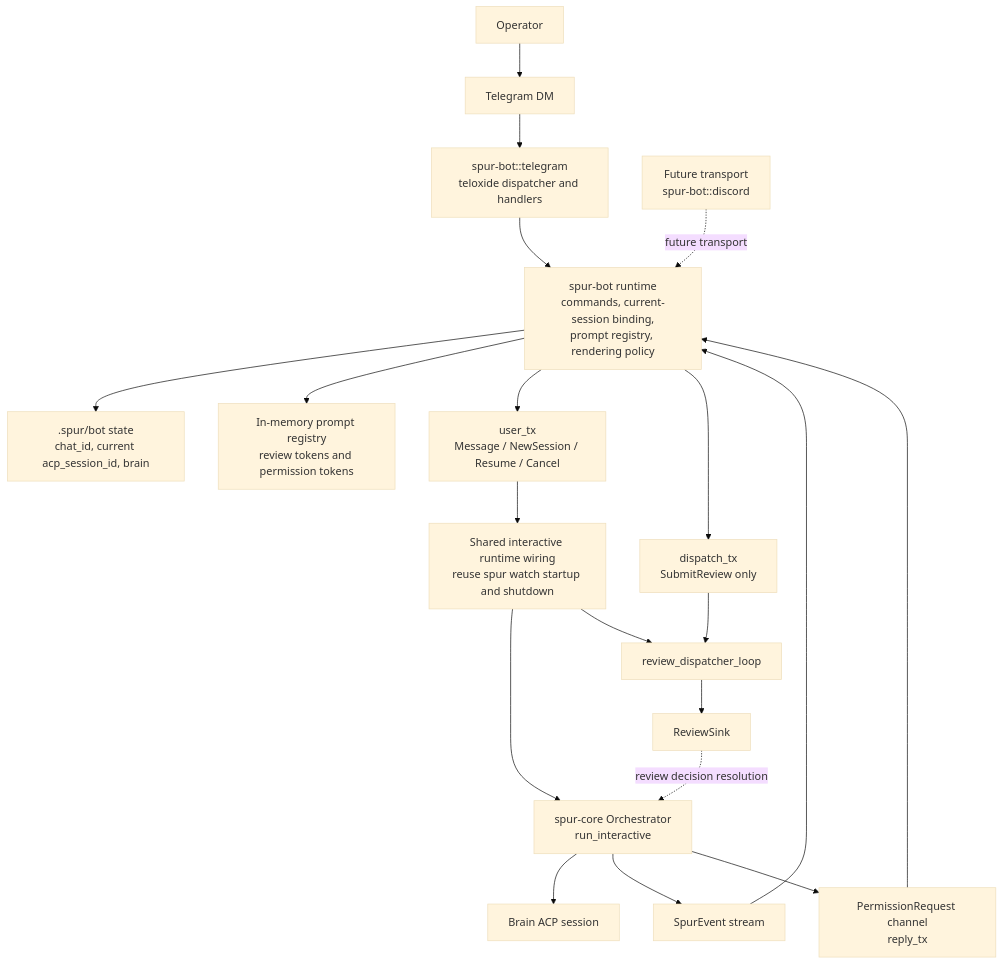
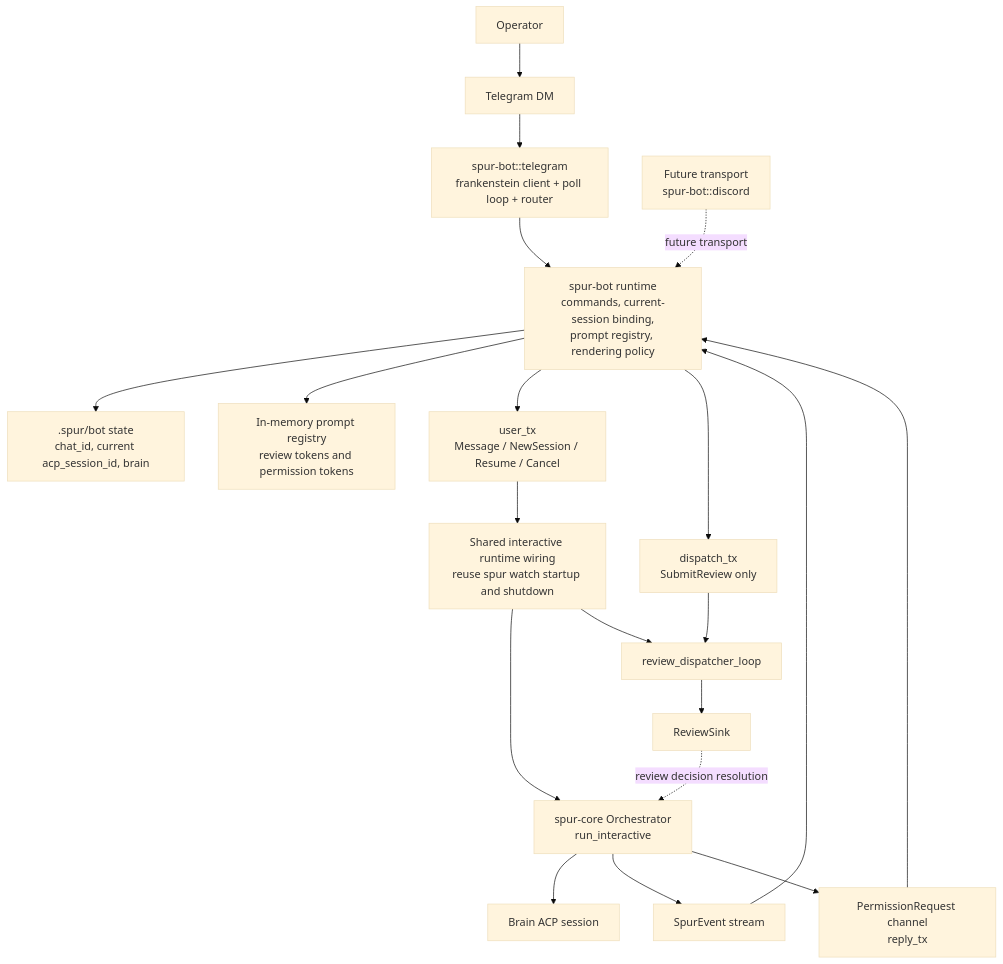
Before and after one commit to getspur/spur: the first of 2 diagrams in docs/superpowers/specs/2026-04-22-spur-bot-design.md, drawn with Mermaid (base theme). The commit also changed other lines of this file, not shown here.

Commit message:
docs(spur-bot): S1.f switch telegram transport to frankenstein

````diff
--- a/docs/superpowers/specs/2026-04-22-spur-bot-design.md
+++ b/docs/superpowers/specs/2026-04-22-spur-bot-design.md
@@ -174,39 +174,39 @@
 ```mermaid
 flowchart TB
   operator["Operator"]
   dm["Telegram DM"]
-  telegram["spur-bot::telegram<br/>teloxide dispatcher and handlers"]
+  telegram["spur-bot::telegram<br/>frankenstein client + poll loop + router"]
   discord["Future transport<br/>spur-bot::discord"]
 
   runtime["spur-bot runtime<br/>commands, current-session binding,<br/>prompt registry, rendering policy"]
   durable[".spur/bot state<br/>chat_id, current acp_session_id, brain"]
   prompts["In-memory prompt registry<br/>review tokens and permission tokens"]
 
   usertx["user_tx<br/>Message / NewSession / Resume / Cancel"]
   reviewtx["dispatch_tx<br/>SubmitReview only"]
 
   shared["Shared interactive runtime wiring<br/>reuse spur watch startup and shutdown"]
   orch["spur-core Orchestrator<br/>run_interactive"]
   reviewloop["review_dispatcher_loop"]
   reviewsink["ReviewSink"]
 
   events["SpurEvent stream"]
   perm["PermissionRequest channel<br/>reply_tx"]
   acp["Brain ACP session"]
 
   operator --> dm --> telegram
   telegram --> runtime
   discord -. future transport .-> runtime
 
   runtime --> durable
   runtime --> prompts
 
   runtime --> usertx --> shared --> orch
   runtime --> reviewtx --> reviewloop --> reviewsink
   shared --> reviewloop
 
   orch --> acp
   orch --> events --> runtime
   orch --> perm --> runtime
   reviewsink -. review decision resolution .-> orch
 ```
````
